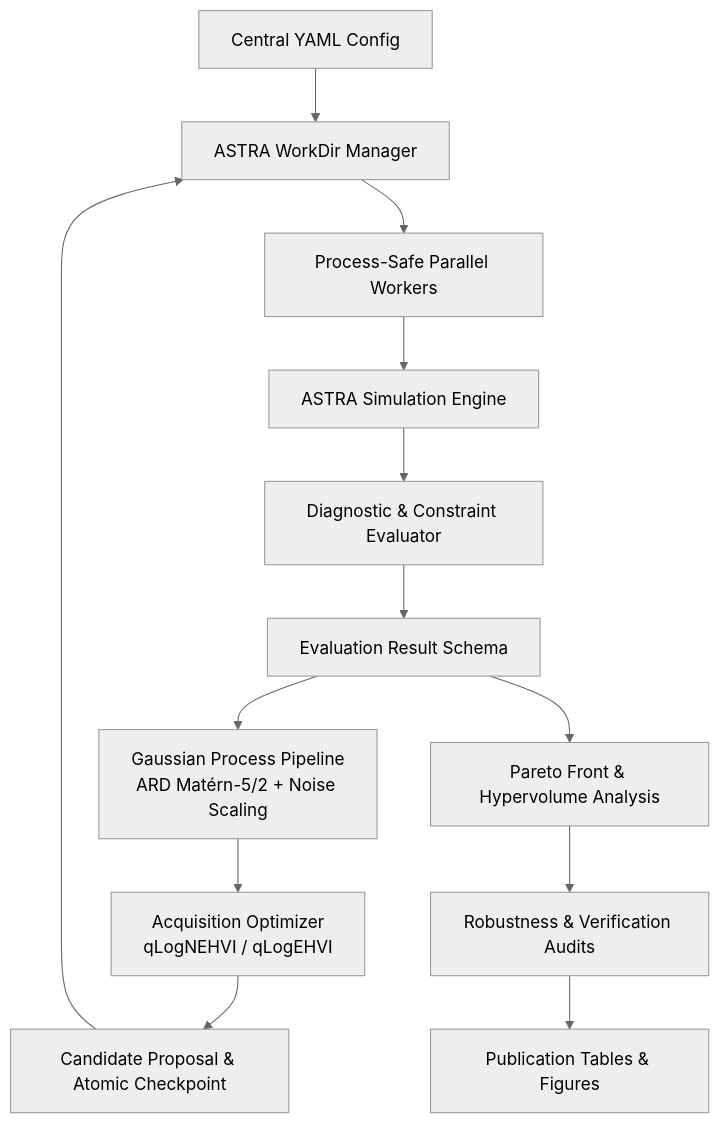
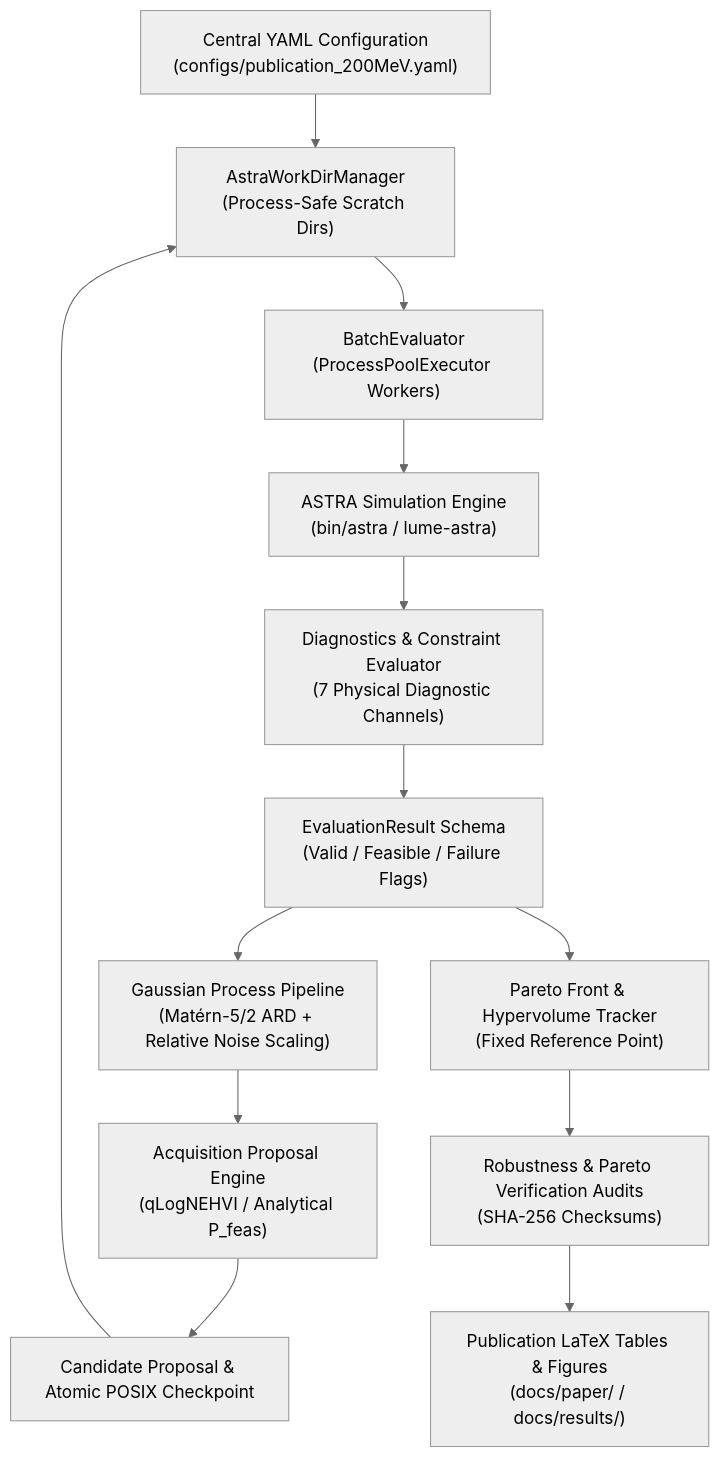
The diagram in docs/repo_review.md (cspark7701/mobo-linac), drawn with Mermaid (neutral theme) before and after one commit. The commit also changed other lines of this file and 1 other file, not shown here.

````diff
--- a/docs/repo_review.md
+++ b/docs/repo_review.md
@@ -15,15 +20,15 @@
 ```mermaid
 graph TD
-    A["Central YAML Config"] --> B["ASTRA WorkDir Manager"]
-    B --> C["Process-Safe Parallel Workers"]
-    C --> D["ASTRA Simulation Engine"]
-    D --> E["Diagnostic & Constraint Evaluator"]
-    E --> F["Evaluation Result Schema"]
-    F --> G["Gaussian Process Pipeline<br/>ARD Matérn-5/2 + Noise Scaling"]
-    G --> H["Acquisition Optimizer<br/>qLogNEHVI / qLogEHVI"]
-    H --> I["Candidate Proposal & Atomic Checkpoint"]
+    A["Central YAML Configuration<br/>(configs/publication_200MeV.yaml)"] --> B["AstraWorkDirManager<br/>(Process-Safe Scratch Dirs)"]
+    B --> C["BatchEvaluator<br/>(ProcessPoolExecutor Workers)"]
+    C --> D["ASTRA Simulation Engine<br/>(bin/astra / lume-astra)"]
+    D --> E["Diagnostics & Constraint Evaluator<br/>(7 Physical Diagnostic Channels)"]
+    E --> F["EvaluationResult Schema<br/>(Valid / Feasible / Failure Flags)"]
+    F --> G["Gaussian Process Pipeline<br/>(Matérn-5/2 ARD + Relative Noise Scaling)"]
+    G --> H["Acquisition Proposal Engine<br/>(qLogNEHVI / Analytical P_feas)"]
+    H --> I["Candidate Proposal & Atomic POSIX Checkpoint"]
     I --> B
-    F --> J["Pareto Front & Hypervolume Analysis"]
-    J --> K["Robustness & Verification Audits"]
-    K --> L["Publication Tables & Figures"]
+    F --> J["Pareto Front & Hypervolume Tracker<br/>(Fixed Reference Point)"]
+    J --> K["Robustness & Pareto Verification Audits<br/>(SHA-256 Checksums)"]
+    K --> L["Publication LaTeX Tables & Figures<br/>(docs/paper/ / docs/results/)"]
 ```
````
